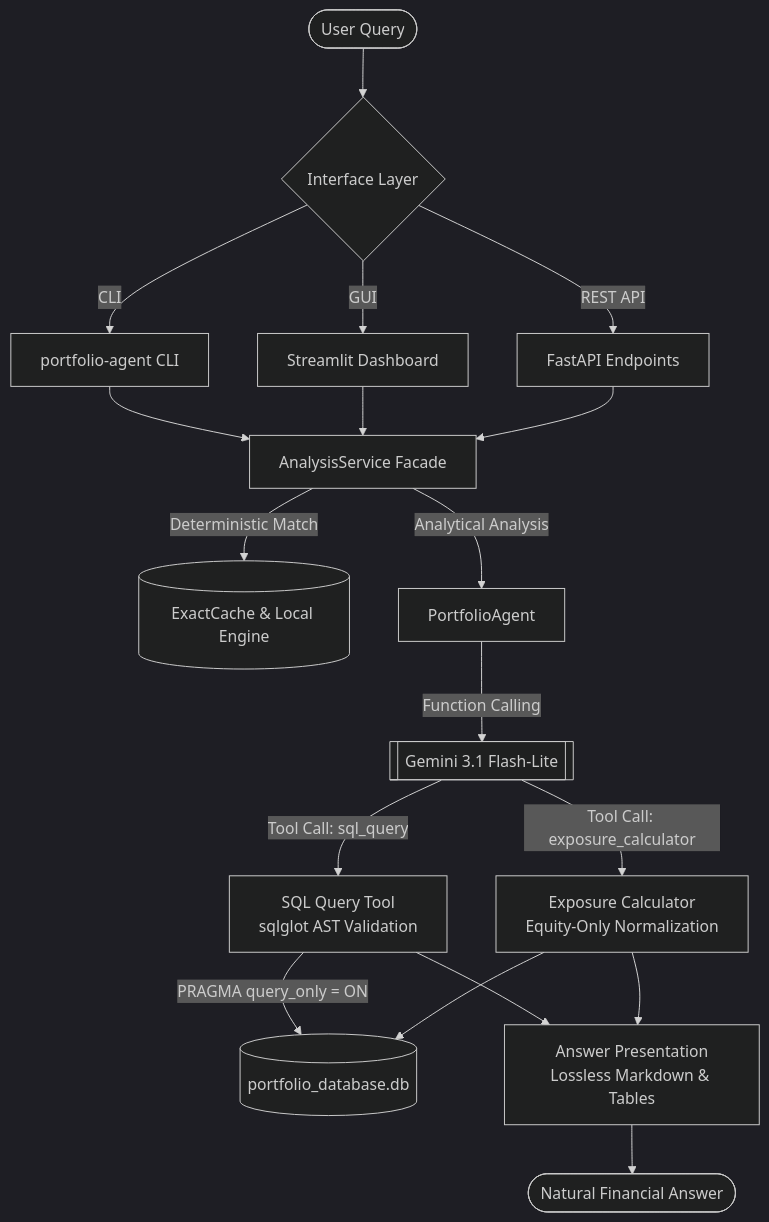
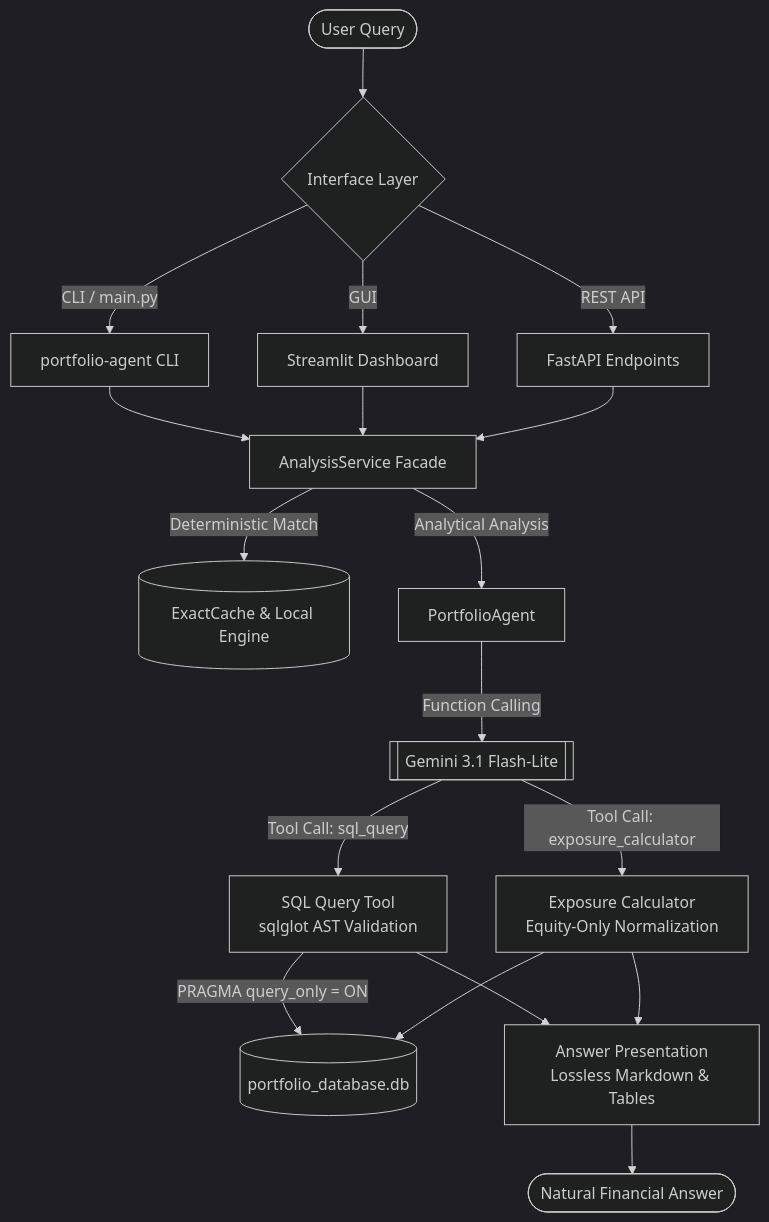
Before and after one commit to Shaunakrane914/PortiQ: the diagram in README.md, drawn with Mermaid (dark theme). The commit also changed other lines of this file, not shown here.

Commit message:
docs: streamline README tone, feature main.py fast-start, and remove license boilerplate

````diff
--- a/README.md
+++ b/README.md
@@ -176,21 +186,21 @@
 ```mermaid
 flowchart TD
     User([User Query]) --> IF{Interface Layer}
-    IF -->|CLI| CLI[portfolio-agent CLI]
+    IF -->|CLI / main.py| CLI[portfolio-agent CLI]
     IF -->|GUI| ST[Streamlit Dashboard]
     IF -->|REST API| API[FastAPI Endpoints]
 
     CLI & ST & API --> SVC[AnalysisService Facade]
     SVC -->|Deterministic Match| CACHE[(ExactCache & Local Engine)]
     SVC -->|Analytical Analysis| AGT[PortfolioAgent]
 
     AGT -->|Function Calling| GEMINI[[Gemini 3.1 Flash-Lite]]
     GEMINI -->|Tool Call: sql_query| SQL[SQL Query Tool\nsqlglot AST Validation]
     GEMINI -->|Tool Call: exposure_calculator| EXP[Exposure Calculator\nEquity-Only Normalization]
 
     SQL -->|PRAGMA query_only = ON| DB[(portfolio_database.db)]
     EXP --> DB
 
     SQL & EXP --> ANS[Answer Presentation\nLossless Markdown & Tables]
     ANS --> Output([Natural Financial Answer])
 ```
````
